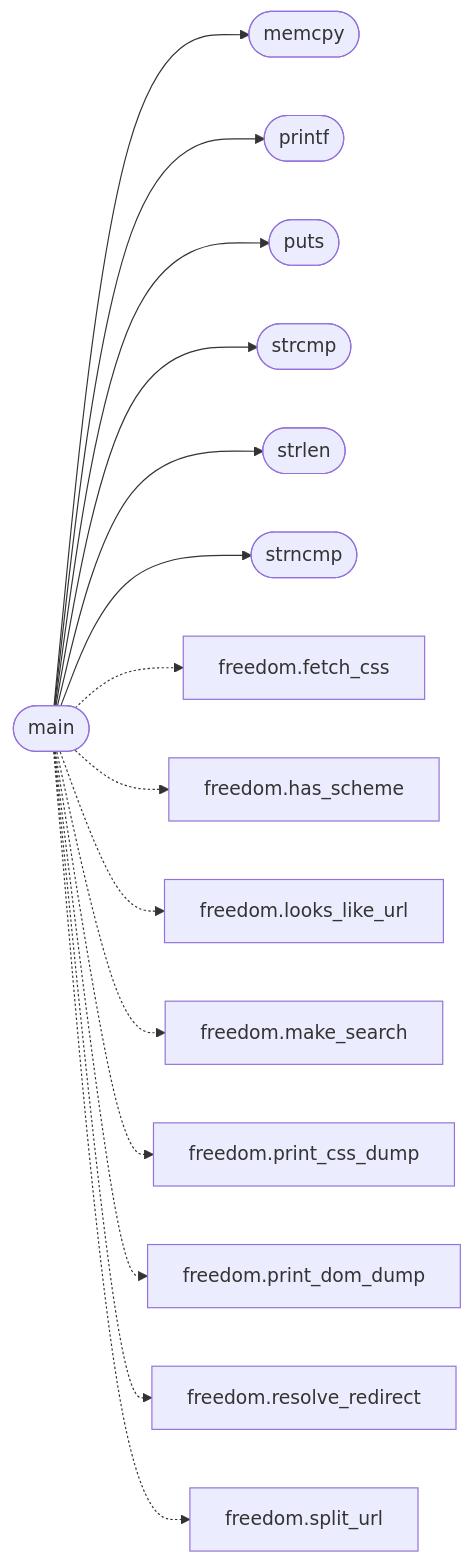
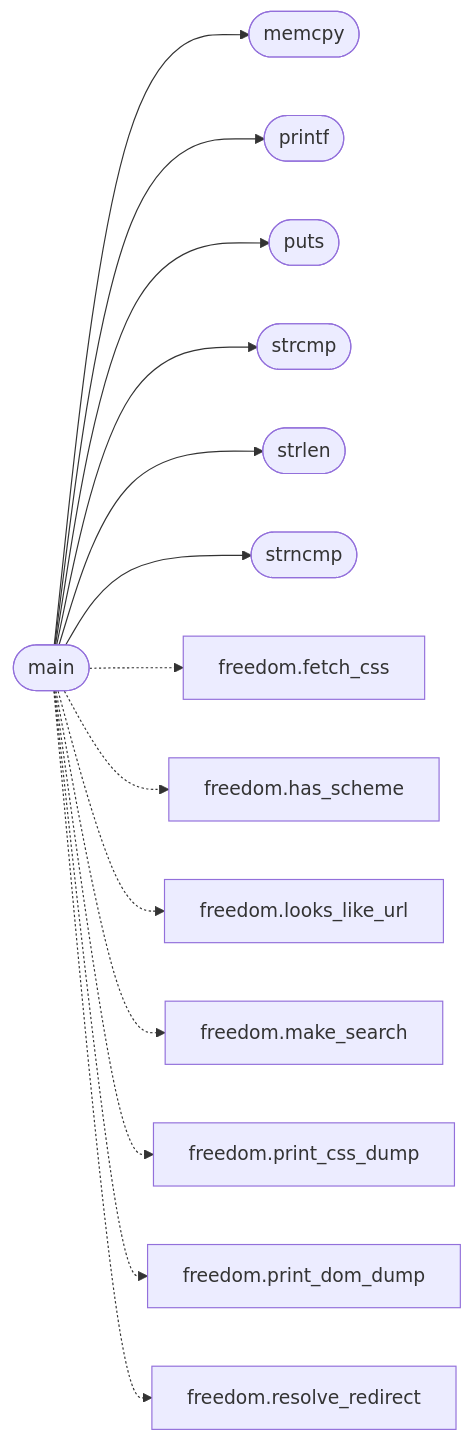
The diagram in readmenator-apidocs/modules/progs.src.freedom.c.md (grisuno/miniOS), drawn with Mermaid before and after one commit. The commit also changed other lines of this file and 249 other files, not shown here.

````diff
--- a/readmenator-apidocs/modules/progs.src.freedom.c.md
+++ b/readmenator-apidocs/modules/progs.src.freedom.c.md
@@ -16,32 +16,30 @@
 ```mermaid
 flowchart LR
     n_progs_src_freedom_c__main(["main"])
     n_progs_src_freedom_c__memcpy(["memcpy"])
     n_progs_src_freedom_c__printf(["printf"])
     n_progs_src_freedom_c__puts(["puts"])
     n_progs_src_freedom_c__strcmp(["strcmp"])
     n_progs_src_freedom_c__strlen(["strlen"])
     n_progs_src_freedom_c__strncmp(["strncmp"])
     n_progs_asm_freedom_s__fetch_css["freedom.fetch_css"]
     n_progs_asm_freedom_s__has_scheme["freedom.has_scheme"]
     n_progs_asm_freedom_s__looks_like_url["freedom.looks_like_url"]
     n_progs_asm_freedom_s__make_search["freedom.make_search"]
     n_progs_asm_freedom_s__print_css_dump["freedom.print_css_dump"]
     n_progs_asm_freedom_s__print_dom_dump["freedom.print_dom_dump"]
     n_progs_asm_freedom_s__resolve_redirect["freedom.resolve_redirect"]
-    n_progs_asm_freedom_s__split_url["freedom.split_url"]
     n_progs_src_freedom_c__main --> n_progs_src_freedom_c__memcpy
     n_progs_src_freedom_c__main --> n_progs_src_freedom_c__printf
     n_progs_src_freedom_c__main --> n_progs_src_freedom_c__puts
     n_progs_src_freedom_c__main --> n_progs_src_freedom_c__strcmp
     n_progs_src_freedom_c__main --> n_progs_src_freedom_c__strlen
     n_progs_src_freedom_c__main --> n_progs_src_freedom_c__strncmp
     n_progs_src_freedom_c__main -.-> n_progs_asm_freedom_s__fetch_css
     n_progs_src_freedom_c__main -.-> n_progs_asm_freedom_s__has_scheme
     n_progs_src_freedom_c__main -.-> n_progs_asm_freedom_s__looks_like_url
     n_progs_src_freedom_c__main -.-> n_progs_asm_freedom_s__make_search
     n_progs_src_freedom_c__main -.-> n_progs_asm_freedom_s__print_css_dump
     n_progs_src_freedom_c__main -.-> n_progs_asm_freedom_s__print_dom_dump
     n_progs_src_freedom_c__main -.-> n_progs_asm_freedom_s__resolve_redirect
-    n_progs_src_freedom_c__main -.-> n_progs_asm_freedom_s__split_url
 ```
````
